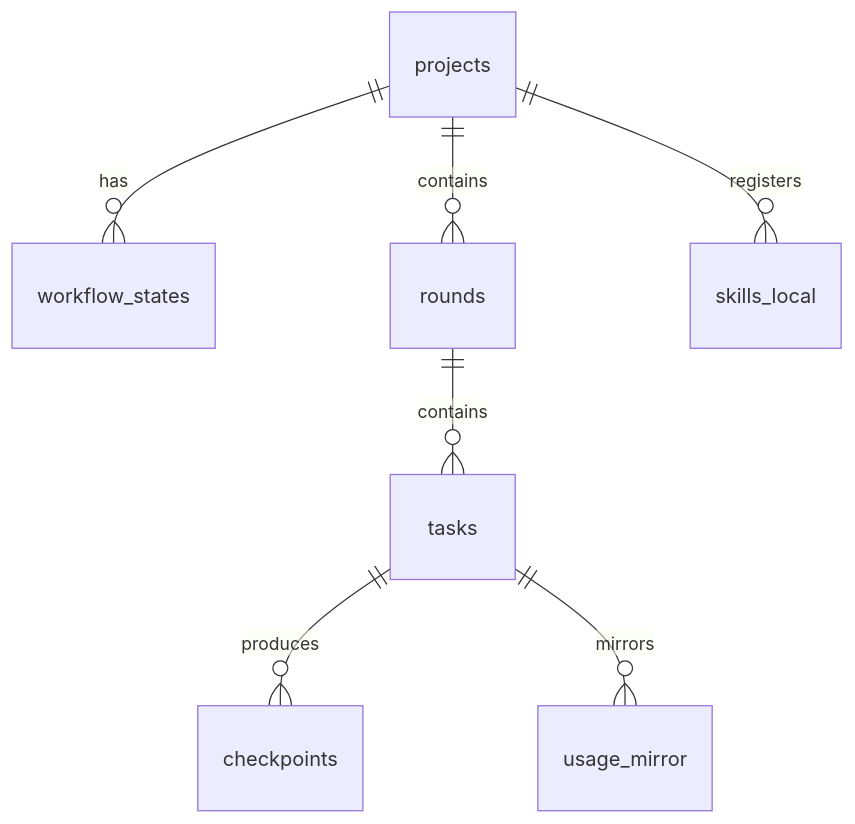
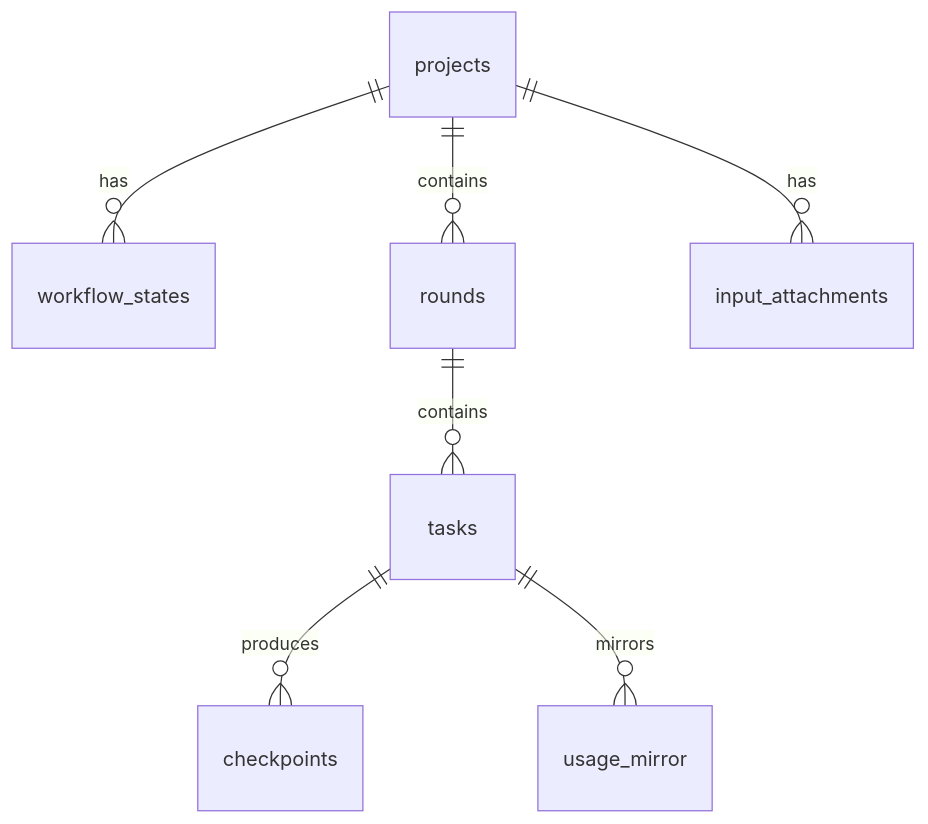
Before and after one commit to xuqiping/phase4-conn-test: the second of 2 diagrams in DevPilot/workflow_output/docs/specs/db_schema.md, drawn with Mermaid. The commit also changed other lines of this file and 6 other files, not shown here.

Commit message:
feat: P07 S0 数据底座——L11 迁移 skills_local/mcp_servers/input_attachments + 三模块 CRUD（含 CHECK 约束/级联/重启计数测试）FR-025/026/011

````diff
--- a/DevPilot/workflow_output/docs/specs/db_schema.md
+++ b/DevPilot/workflow_output/docs/specs/db_schema.md
@@ -88,9 +88,9 @@
 ```mermaid
 erDiagram
     projects ||--o{ workflow_states : has
     projects ||--o{ rounds : contains
     rounds ||--o{ tasks : contains
     tasks ||--o{ checkpoints : produces
     tasks ||--o{ usage_mirror : mirrors
-    projects ||--o{ skills_local : registers
+    projects ||--o{ input_attachments : has
 ```
````
